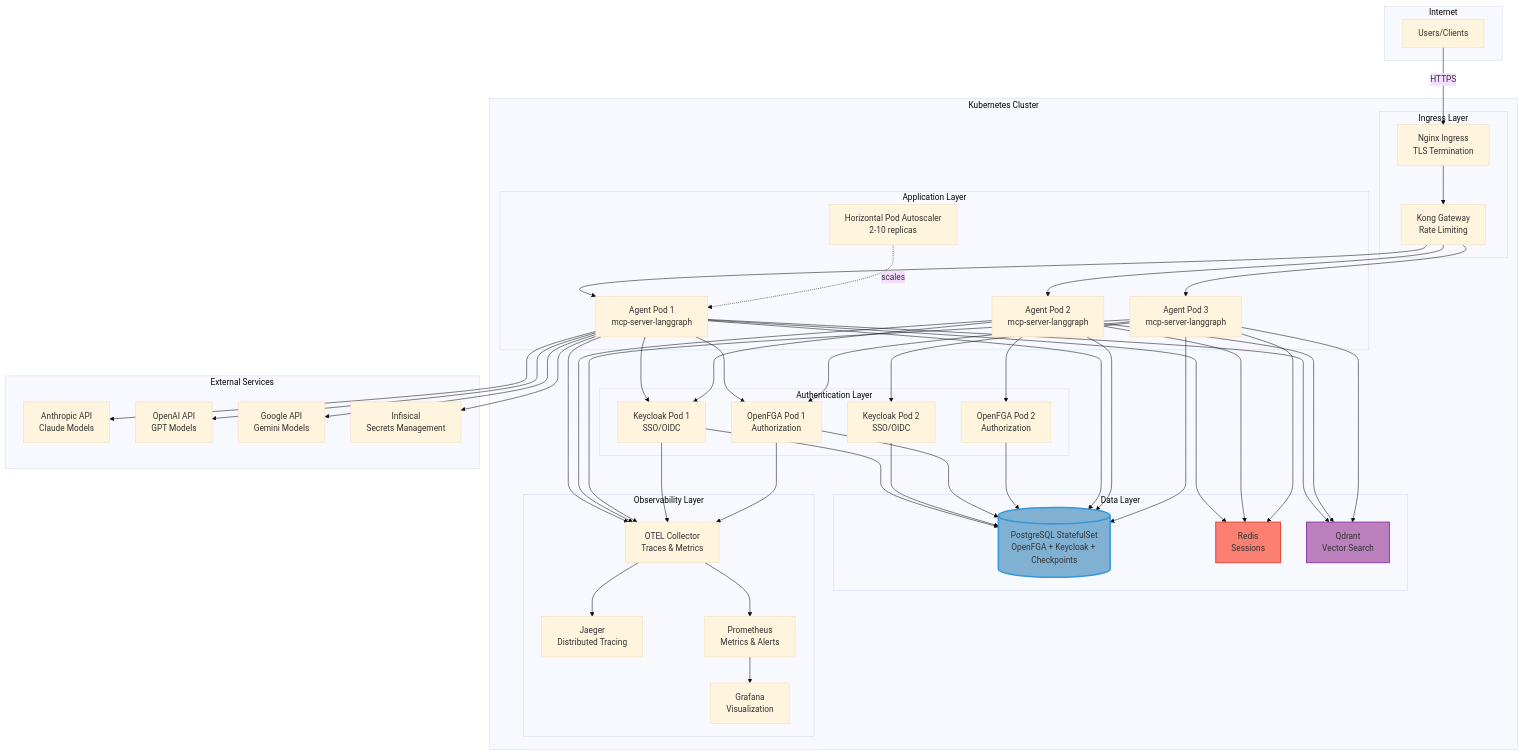
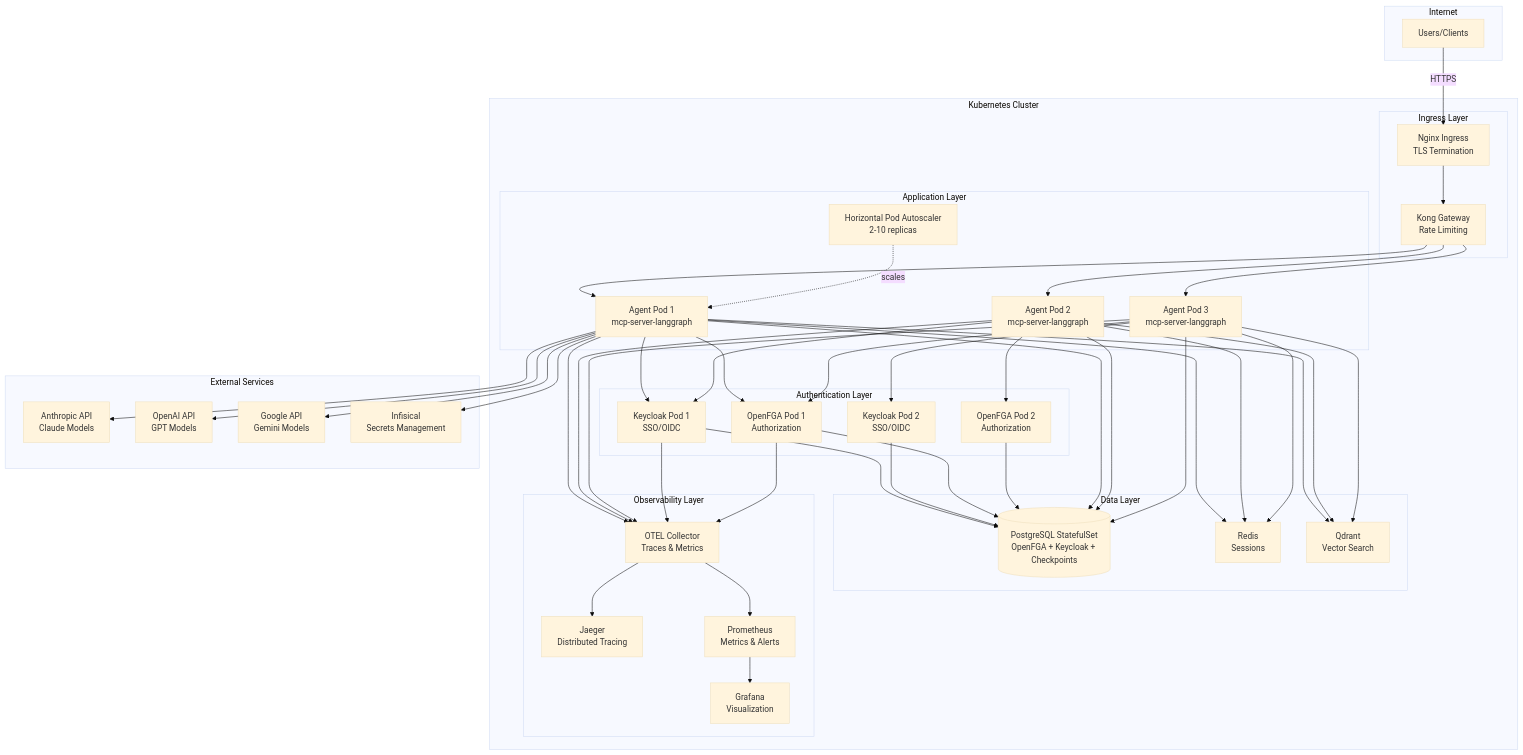
One commit to vishnu2kmohan/mcp-server-langgraph changed the fourth of 10 diagrams in docs/diagrams/system-architecture.mdx. Above: the diagram before and after it, drawn with Mermaid (base theme). The commit also changed other lines of this file and 11 other files, not shown here.

First line of the commit message:
docs: modernize Mermaid diagrams to follow 2025 best practices

````diff
--- a/docs/diagrams/system-architecture.mdx
+++ b/docs/diagrams/system-architecture.mdx
@@ -294,7 +285,4 @@
     OTELCol --> PrometheusPod
     PrometheusPod --> GrafanaPod
 
-    style PostgresDB fill:#80b1d3,stroke:#3498db,stroke-width:3px,color:#333
-    style RedisPod fill:#fb8072,stroke:#e74c3c,stroke-width:2px,color:#333
-    style QdrantPod fill:#bc80bd,stroke:#8e44ad,stroke-width:2px,color:#333
 ```
````
